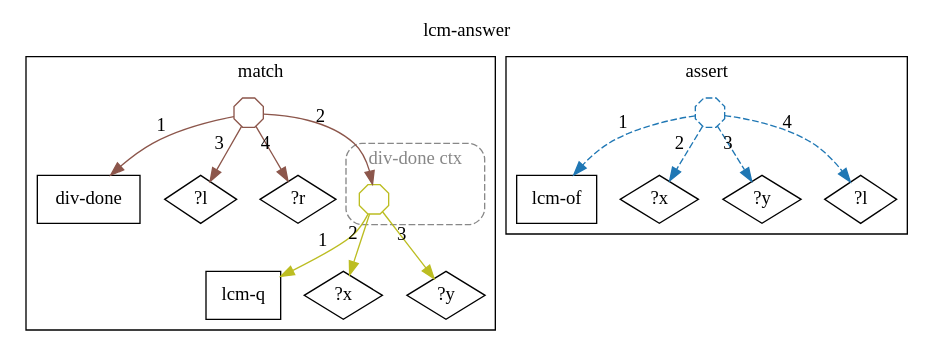
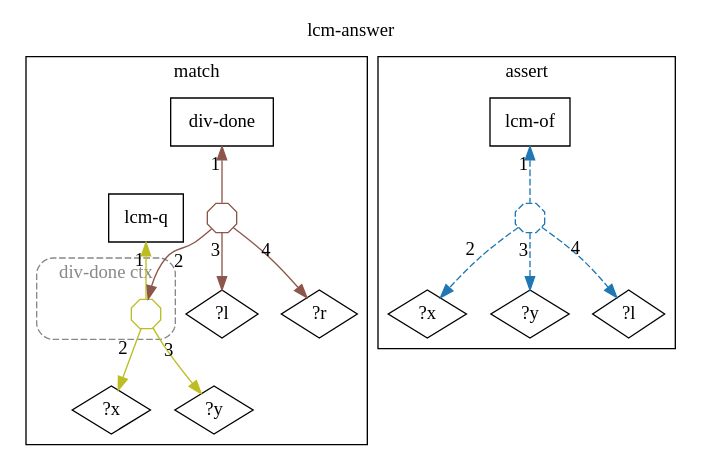
The diagram in docs/ein/user/04-reference/04-stdlib/diagrams/13-std.math.gcd.lcm-answer.dot (agutikov/ein), drawn with Graphviz before and after one commit. The commit also changed 1275 other files, not shown here.

```diff
--- a/docs/ein/user/04-reference/04-stdlib/diagrams/13-std.math.gcd.lcm-answer.dot
+++ b/docs/ein/user/04-reference/04-stdlib/diagrams/13-std.math.gcd.lcm-answer.dot
@@ -1,35 +1,35 @@
 digraph rule_lcm_answer_lhs_rhs {
   rankdir=TB;
   label="lcm-answer"; labelloc=t;
   subgraph cluster_lhs { label="match";
     "div-done_L" [label="div-done", shape=box];
     "lcm-q_L" [label="lcm-q", shape=box];
     "?x_L" [label="?x", shape=diamond];
     "?y_L" [label="?y", shape=diamond];
     "?l_L" [label="?l", shape=diamond];
     "?r_L" [label="?r", shape=diamond];
     subgraph cluster_ctx_L_0 {
       label="div-done ctx"; style="dashed,rounded"; color="#888888"; fontcolor="#888888";
       "(lcm-q ?x ?y)_L" [shape=octagon, label="", width=0.3, height=0.3, fixedsize=true, color="#bcbd22"];
     }
     "h1_div-done_L" [shape=octagon, label="", width=0.3, height=0.3, fixedsize=true, color="#8c564b"];
-    "h1_div-done_L" -> "div-done_L" [xlabel="1", color="#8c564b"];
+    "div-done_L" -> "h1_div-done_L" [xlabel="1", dir=back, color="#8c564b"];
     "h1_div-done_L" -> "(lcm-q ?x ?y)_L" [xlabel="2", color="#8c564b"];
     "h1_div-done_L" -> "?l_L" [xlabel="3", color="#8c564b"];
     "h1_div-done_L" -> "?r_L" [xlabel="4", color="#8c564b"];
-    "(lcm-q ?x ?y)_L" -> "lcm-q_L" [xlabel="1", color="#bcbd22"];
+    "lcm-q_L" -> "(lcm-q ?x ?y)_L" [xlabel="1", dir=back, color="#bcbd22"];
     "(lcm-q ?x ?y)_L" -> "?x_L" [xlabel="2", color="#bcbd22"];
     "(lcm-q ?x ?y)_L" -> "?y_L" [xlabel="3", color="#bcbd22"];
   }
   subgraph cluster_rhs { label="assert";
     "lcm-of_R" [label="lcm-of", shape=box];
     "?x_R" [label="?x", shape=diamond];
     "?y_R" [label="?y", shape=diamond];
     "?l_R" [label="?l", shape=diamond];
     "h2_lcm-of_R" [shape=octagon, label="", width=0.3, height=0.3, fixedsize=true, color="#1f77b4", style=dashed];
-    "h2_lcm-of_R" -> "lcm-of_R" [xlabel="1", color="#1f77b4", style=dashed];
+    "lcm-of_R" -> "h2_lcm-of_R" [xlabel="1", dir=back, color="#1f77b4", style=dashed];
     "h2_lcm-of_R" -> "?x_R" [xlabel="2", color="#1f77b4", style=dashed];
     "h2_lcm-of_R" -> "?y_R" [xlabel="3", color="#1f77b4", style=dashed];
     "h2_lcm-of_R" -> "?l_R" [xlabel="4", color="#1f77b4", style=dashed];
   }
 }
```
